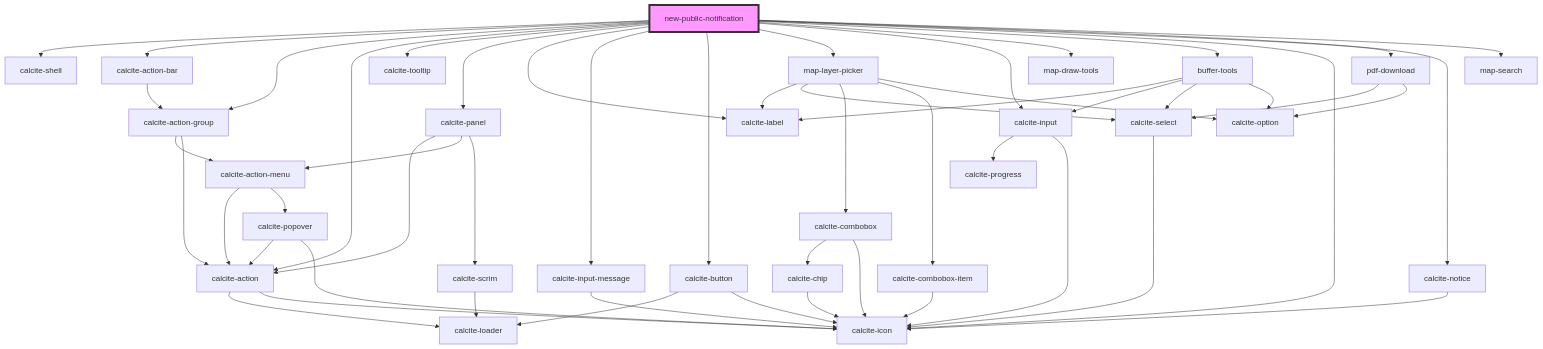
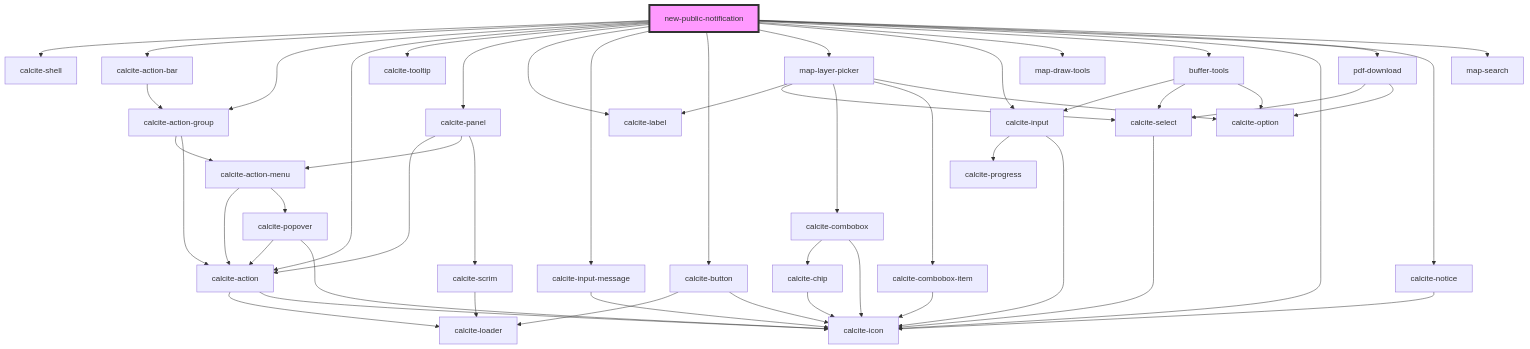
One commit to Esri/solutions-components changed the diagram in src/components/new-public-notification/readme.md. Above: the diagram before and after it, drawn with Mermaid. The commit also changed 10 other files, not shown here.

Commit message:
remove forced label in buffer tools

````diff
--- a/src/components/new-public-notification/readme.md
+++ b/src/components/new-public-notification/readme.md
@@ -40,56 +40,55 @@
 ```mermaid
 graph TD;
   new-public-notification --> calcite-shell
   new-public-notification --> calcite-action-bar
   new-public-notification --> calcite-action-group
   new-public-notification --> calcite-action
   new-public-notification --> calcite-tooltip
   new-public-notification --> calcite-panel
   new-public-notification --> calcite-label
   new-public-notification --> calcite-input-message
   new-public-notification --> calcite-button
   new-public-notification --> map-layer-picker
   new-public-notification --> calcite-input
   new-public-notification --> map-draw-tools
   new-public-notification --> buffer-tools
   new-public-notification --> calcite-icon
   new-public-notification --> pdf-download
   new-public-notification --> calcite-notice
   new-public-notification --> map-search
   calcite-action-bar --> calcite-action-group
   calcite-action-group --> calcite-action-menu
   calcite-action-group --> calcite-action
   calcite-action-menu --> calcite-action
   calcite-action-menu --> calcite-popover
   calcite-action --> calcite-loader
   calcite-action --> calcite-icon
   calcite-popover --> calcite-action
   calcite-popover --> calcite-icon
   calcite-panel --> calcite-action
   calcite-panel --> calcite-action-menu
   calcite-panel --> calcite-scrim
   calcite-scrim --> calcite-loader
   calcite-input-message --> calcite-icon
   calcite-button --> calcite-loader
   calcite-button --> calcite-icon
   map-layer-picker --> calcite-label
   map-layer-picker --> calcite-select
   map-layer-picker --> calcite-combobox
   map-layer-picker --> calcite-combobox-item
   map-layer-picker --> calcite-option
   calcite-select --> calcite-icon
   calcite-combobox --> calcite-chip
   calcite-combobox --> calcite-icon
   calcite-chip --> calcite-icon
   calcite-combobox-item --> calcite-icon
   calcite-input --> calcite-progress
   calcite-input --> calcite-icon
-  buffer-tools --> calcite-label
   buffer-tools --> calcite-input
   buffer-tools --> calcite-select
   buffer-tools --> calcite-option
   pdf-download --> calcite-select
   pdf-download --> calcite-option
   calcite-notice --> calcite-icon
   style new-public-notification fill:#f9f,stroke:#333,stroke-width:4px
 ```
````
